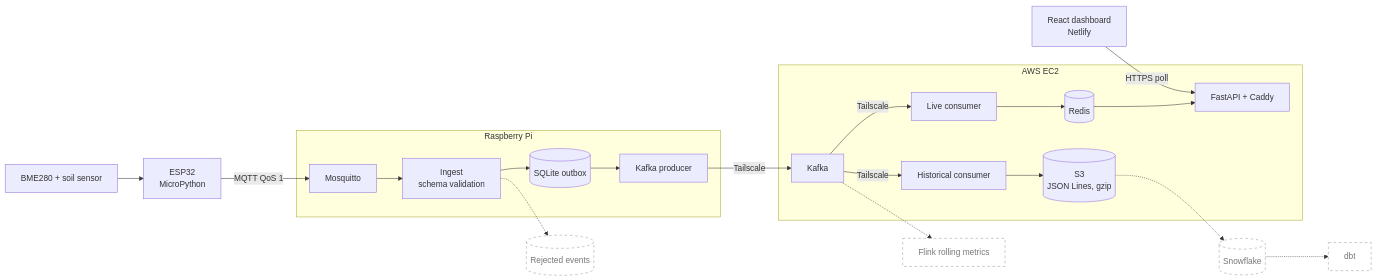
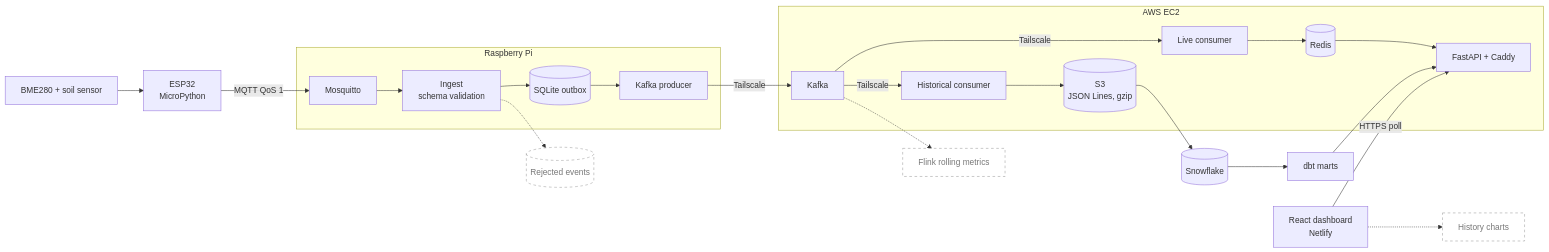
Before and after one commit to 0GregoryJ/greenhouse-iot-streaming-pipeline: the diagram in README.md, drawn with Mermaid. The commit also changed other lines of this file and 138 other files, not shown here.

Commit message:
Added snowflake dbt project, expanded FastAPI app to serve historical analytics, updated docs.

````diff
--- a/README.md
+++ b/README.md
@@ -32,33 +32,37 @@
 ```mermaid
 flowchart LR
   sensors["BME280 + soil sensor"] --> esp["ESP32<br/>MicroPython"]
 
   subgraph pi["Raspberry Pi"]
     mqtt["Mosquitto"] --> ingest["Ingest<br/>schema validation"]
     ingest --> sqlite[("SQLite outbox")]
     sqlite --> prod["Kafka producer"]
   end
 
   subgraph aws["AWS EC2"]
     kafka["Kafka"]
     consumer["Live consumer"] --> redis[("Redis")]
     redis --> api["FastAPI + Caddy"]
     hist["Historical consumer"] --> s3[("S3<br/>JSON Lines, gzip")]
   end
 
+  snow[("Snowflake")]
+  dbt["dbt marts"]
   dash["React dashboard<br/>Netlify"]
 
   esp -->|"MQTT QoS 1"| mqtt
   prod -->|"Tailscale"| kafka
   kafka -->|"Tailscale"| consumer
   kafka -->|"Tailscale"| hist
+  s3 --> snow
+  snow --> dbt
+  dbt --> api
   dash -->|"HTTPS poll"| api
 
   ingest -.-> dlq[("Rejected events")]
   kafka -.-> flink["Flink rolling metrics"]
-  s3 -.-> snow[("Snowflake")]
-  snow -.-> dbt["dbt"]
+  dash -.-> charts["History charts"]
 
   classDef planned fill:#fff,stroke:#999,stroke-dasharray:5 5,color:#777;
-  class dlq,flink,snow,dbt planned;
+  class dlq,flink,charts planned;
 ```
````
